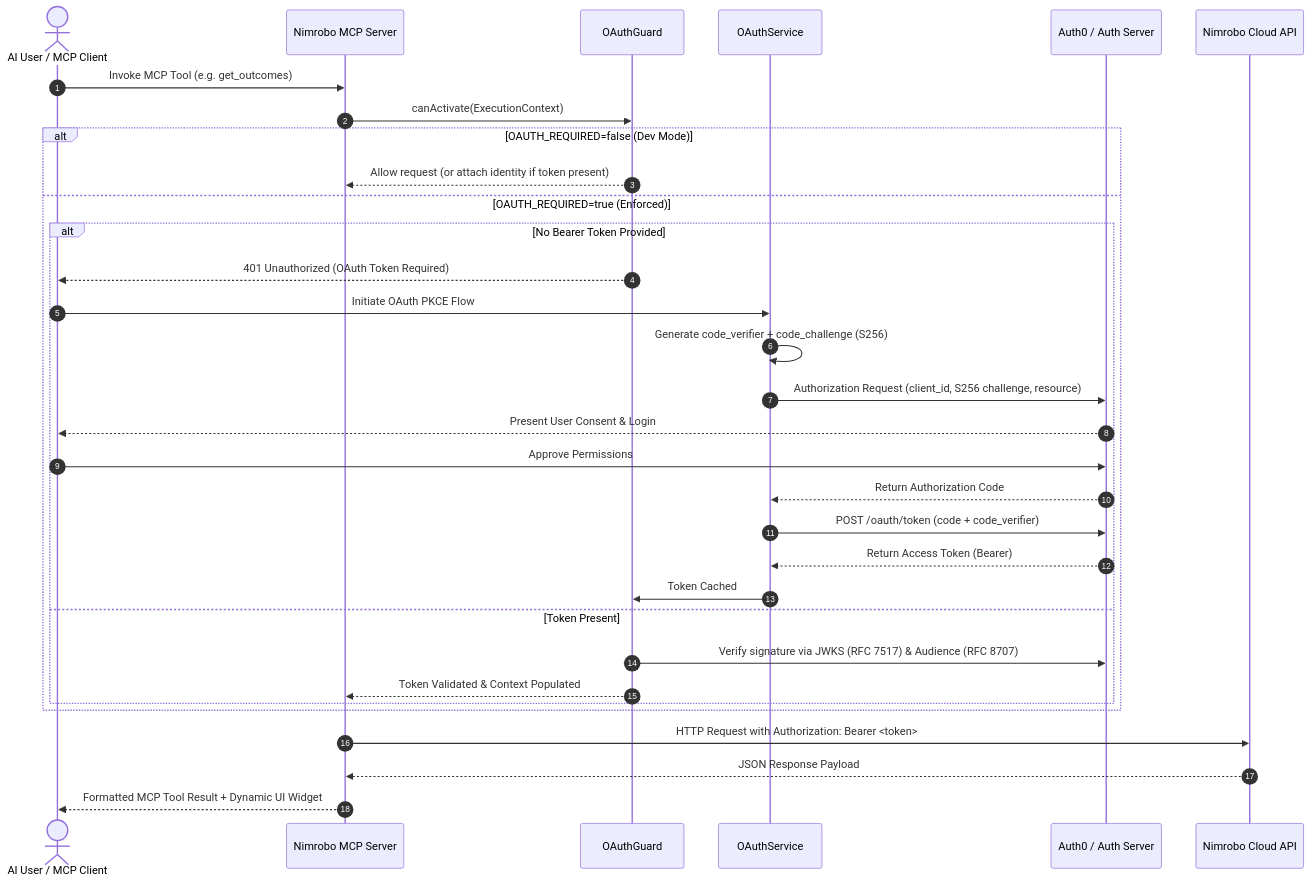
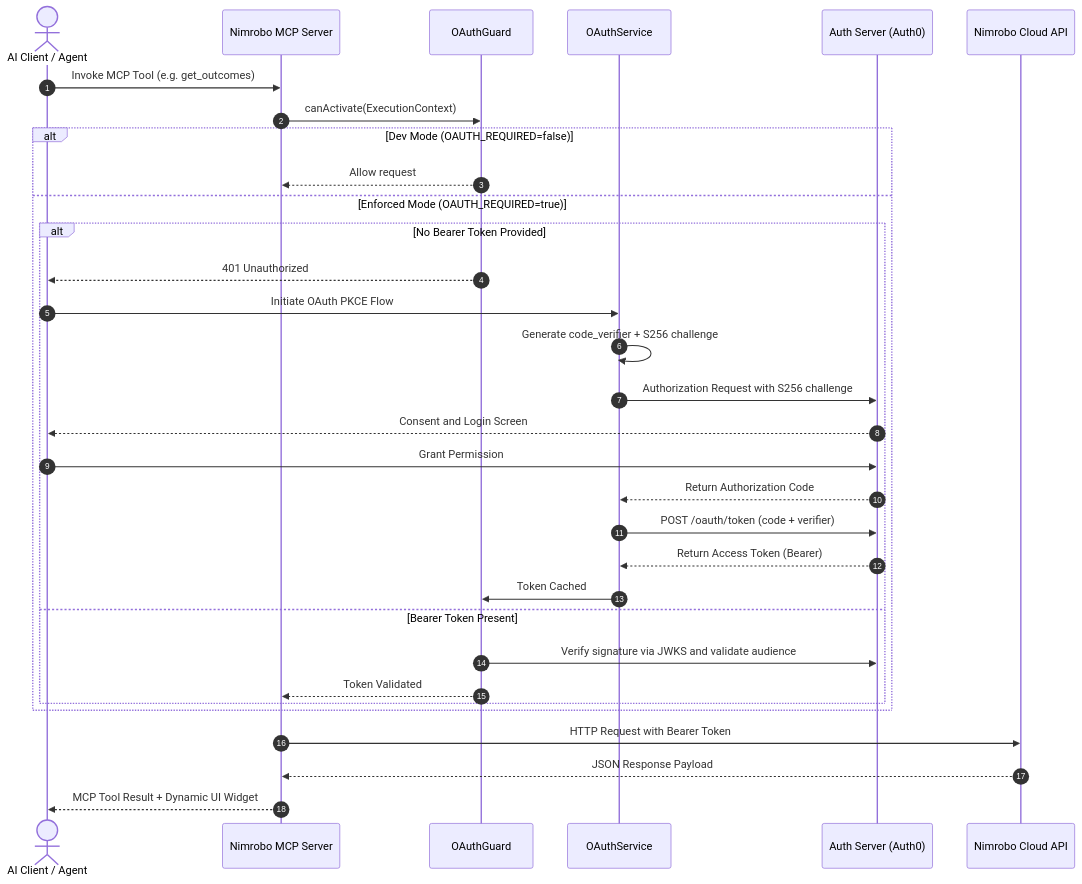
One commit to hemantj-cloud/nimroboai-mcp-server changed the second of 3 diagrams in README.md. Above: the diagram before and after it, drawn with Mermaid. The commit also changed other lines of this file, not shown here.

Commit message:
fix(docs): fix Mermaid diagram syntax for universal markdown renderer compatibility

````diff
--- a/README.md
+++ b/README.md
@@ -151,37 +145,37 @@
 ```mermaid
 sequenceDiagram
     autonumber
-    actor User as AI User / MCP Client
+    actor User as AI Client / Agent
     participant Server as Nimrobo MCP Server
     participant Guard as OAuthGuard
     participant OAuth as OAuthService
-    participant AS as Auth0 / Auth Server
+    participant AS as Auth Server (Auth0)
     participant API as Nimrobo Cloud API
 
     User->>Server: Invoke MCP Tool (e.g. get_outcomes)
     Server->>Guard: canActivate(ExecutionContext)
     
-    alt OAUTH_REQUIRED=false (Dev Mode)
-        Guard-->>Server: Allow request (or attach identity if token present)
-    else OAUTH_REQUIRED=true (Enforced)
+    alt Dev Mode (OAUTH_REQUIRED=false)
+        Guard-->>Server: Allow request
+    else Enforced Mode (OAUTH_REQUIRED=true)
         alt No Bearer Token Provided
-            Guard-->>User: 401 Unauthorized (OAuth Token Required)
+            Guard-->>User: 401 Unauthorized
             User->>OAuth: Initiate OAuth PKCE Flow
-            OAuth->>OAuth: Generate code_verifier + code_challenge (S256)
-            OAuth->>AS: Authorization Request (client_id, S256 challenge, resource)
-            AS-->>User: Present User Consent & Login
-            User->>AS: Approve Permissions
+            OAuth->>OAuth: Generate code_verifier + S256 challenge
+            OAuth->>AS: Authorization Request with S256 challenge
+            AS-->>User: Consent and Login Screen
+            User->>AS: Grant Permission
             AS-->>OAuth: Return Authorization Code
-            OAuth->>AS: POST /oauth/token (code + code_verifier)
+            OAuth->>AS: POST /oauth/token (code + verifier)
             AS-->>OAuth: Return Access Token (Bearer)
             OAuth->>Guard: Token Cached
-        else Token Present
-            Guard->>AS: Verify signature via JWKS (RFC 7517) & Audience (RFC 8707)
-            Guard-->>Server: Token Validated & Context Populated
+        else Bearer Token Present
+            Guard->>AS: Verify signature via JWKS and validate audience
+            Guard-->>Server: Token Validated
         end
     end
 
-    Server->>API: HTTP Request with Authorization: Bearer <token>
+    Server->>API: HTTP Request with Bearer Token
     API-->>Server: JSON Response Payload
-    Server-->>User: Formatted MCP Tool Result + Dynamic UI Widget
+    Server-->>User: MCP Tool Result + Dynamic UI Widget
 ```
````
